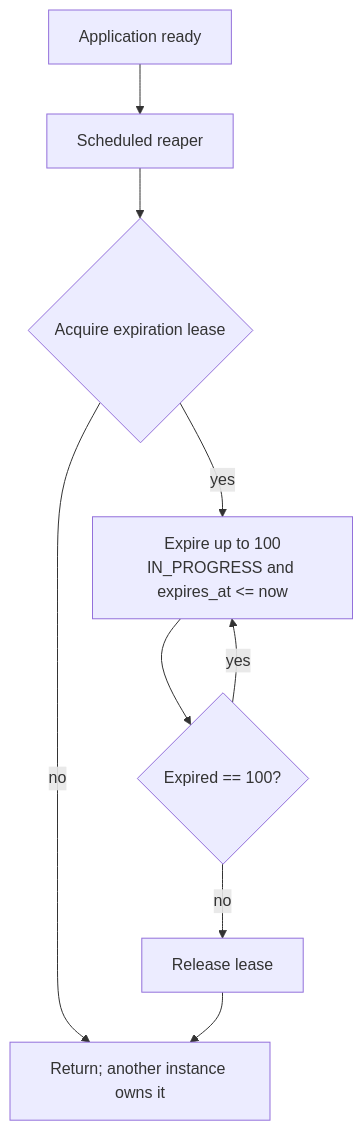
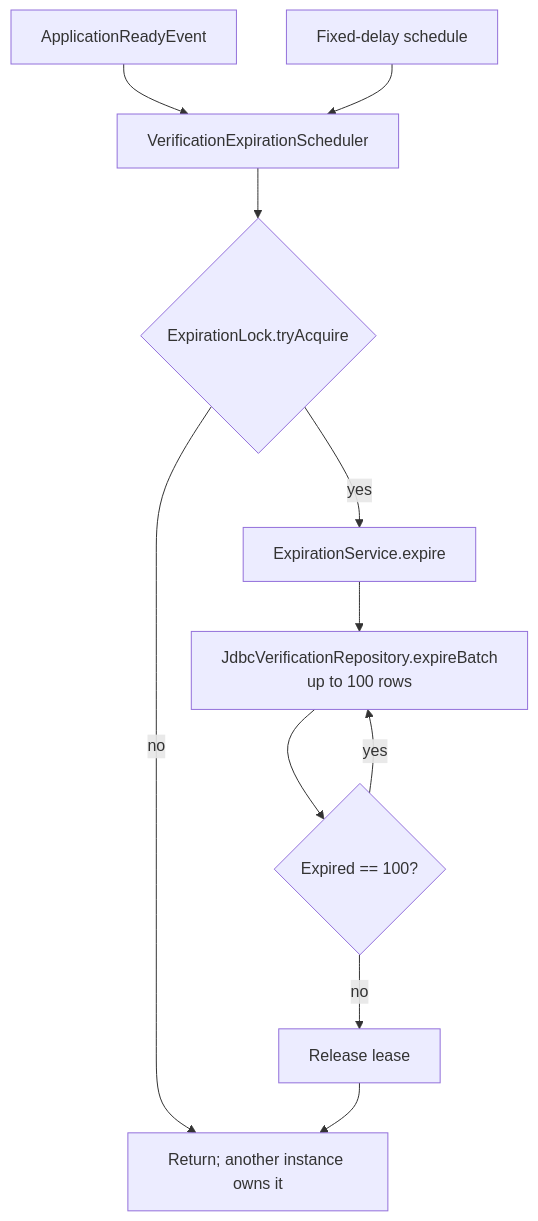
The diagram in docs/architecture/expiration-flow.md (migangdelzar/company-check-workspace), drawn with Mermaid before and after one commit. The commit also changed 17 other files, not shown here.

Commit message:
docs: align architecture references with layered backend

````diff
--- a/docs/architecture/expiration-flow.md
+++ b/docs/architecture/expiration-flow.md
@@ -8,11 +8,13 @@
 ```mermaid
 flowchart TD
-  Ready[Application ready] --> Reaper[Scheduled reaper]
-  Reaper --> Lock{Acquire expiration lease}
+  Ready[ApplicationReadyEvent] --> Scheduler[VerificationExpirationScheduler]
+  Tick[Fixed-delay schedule] --> Scheduler
+  Scheduler --> Lock{ExpirationLock.tryAcquire}
   Lock -- no --> Stop[Return; another instance owns it]
-  Lock -- yes --> Batch[Expire up to 100\nIN_PROGRESS and expires_at <= now]
+  Lock -- yes --> Expiration[ExpirationService.expire]
+  Expiration --> Batch[JdbcVerificationRepository.expireBatch\nup to 100 rows]
   Batch --> Count{Expired == 100?}
   Count -- yes --> Batch
   Count -- no --> Release[Release lease]
   Release --> Stop
 ```
````
